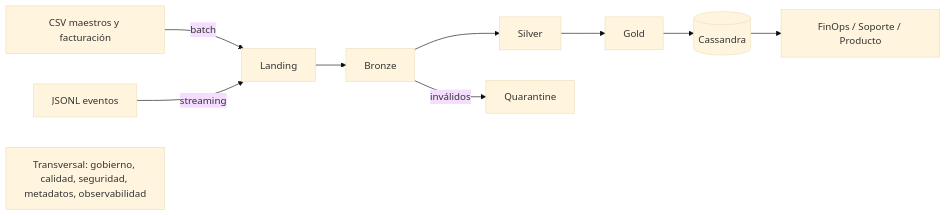
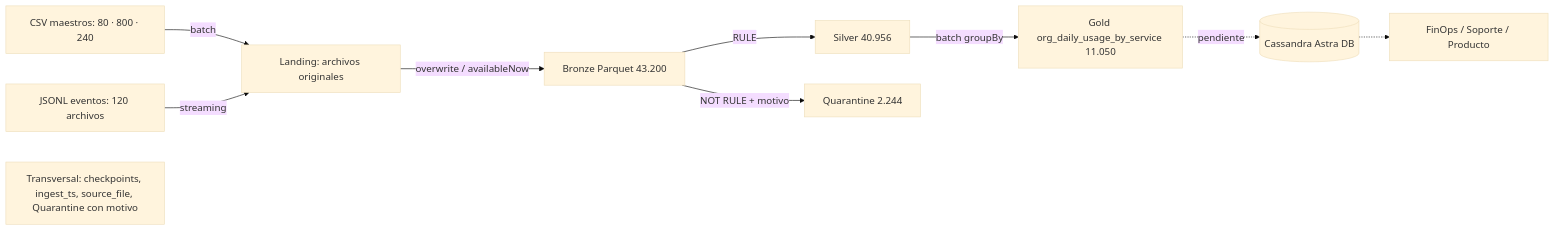
One commit to leadministrador/mineria-datos-ii-proyecto-integrador changed the diagram in docs/DISENO.md. Above: the diagram before and after it, drawn with Mermaid (base theme). The commit also changed other lines of this file, not shown here.

Commit message:
Diagrama con lo implementado

````diff
--- a/docs/DISENO.md
+++ b/docs/DISENO.md
@@ -56,12 +57,12 @@
 ```mermaid
 flowchart LR
-  A[CSV maestros y facturación] -->|batch| L[Landing]
-  B[JSONL eventos] -->|streaming| L
-  L --> BR[Bronze]
-  BR --> S[Silver]
-  BR -->|inválidos| Q[Quarantine]
-  S --> G[Gold]
-  G --> C[(Cassandra)]
-  C --> U[FinOps / Soporte / Producto]
-  T[Transversal: gobierno, calidad, seguridad, metadatos, observabilidad]
+  A[CSV maestros: 80 · 800 · 240] -->|batch| L[Landing: archivos originales]
+  B[JSONL eventos: 120 archivos] -->|streaming| L
+  L -->|overwrite / availableNow| BR[Bronze Parquet 43.200]
+  BR -->|RULE| S[Silver 40.956]
+  BR -->|NOT RULE + motivo| Q[Quarantine 2.244]
+  S -->|batch groupBy| G[Gold org_daily_usage_by_service 11.050]
+  G -.->|pendiente| C[(Cassandra Astra DB)]
+  C -.-> U[FinOps / Soporte / Producto]
+  T[Transversal: checkpoints, ingest_ts, source_file, Quarantine con motivo]
 ```
````
